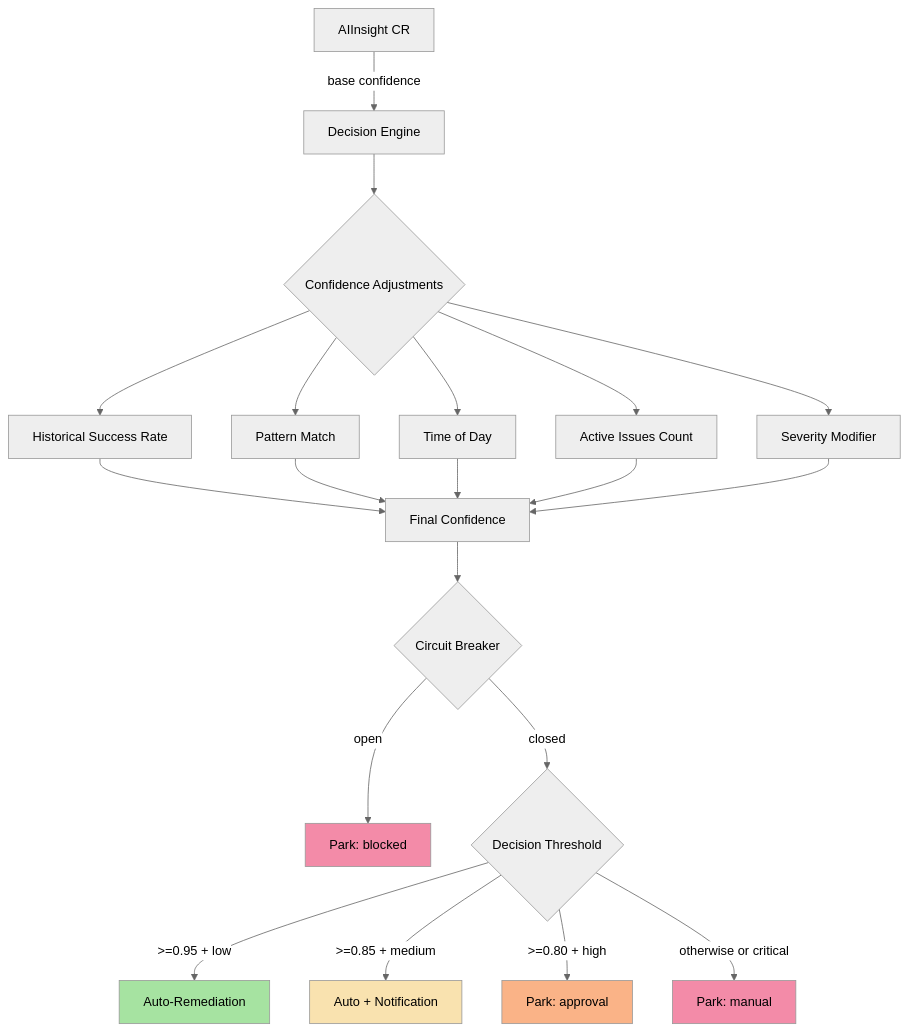
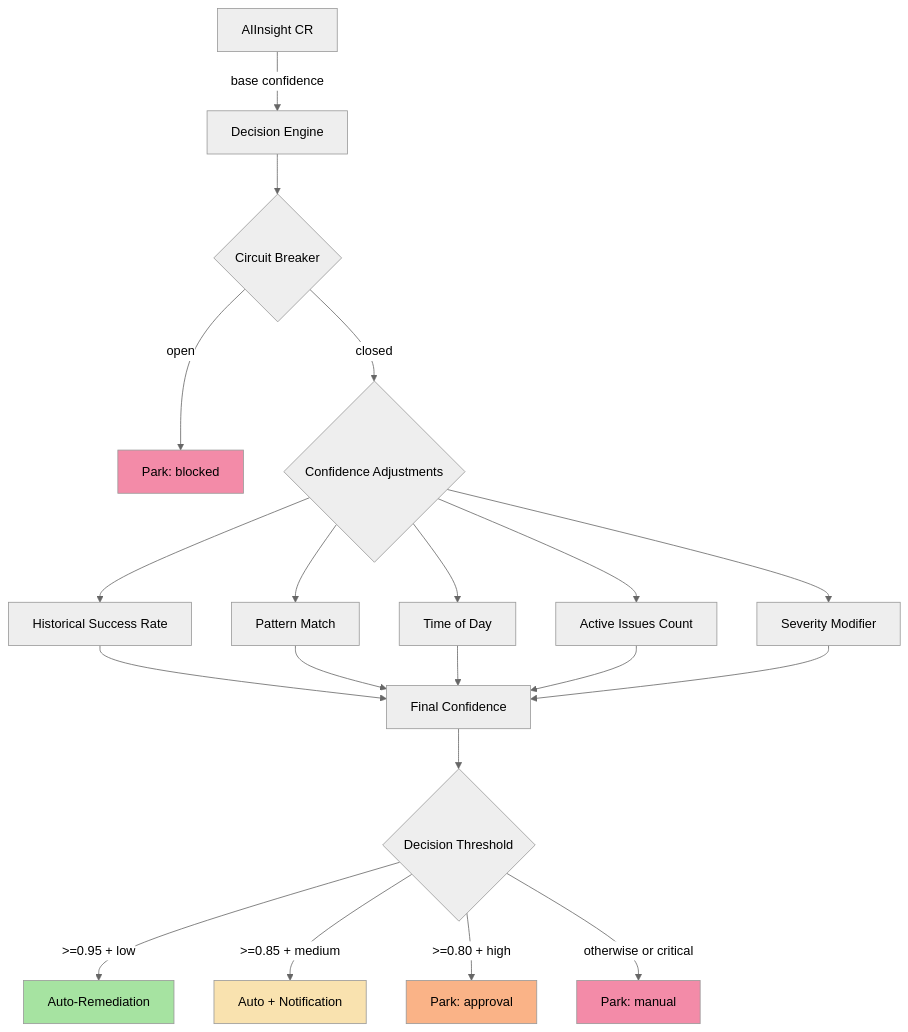
Before and after one commit to diillson/chatcli.ai: the first of 2 diagrams in features/aiops/decision-engine.mdx, drawn with Mermaid (neutral theme). The commit also changed other lines of this file and 126 other files, not shown here.

````diff
--- a/features/aiops/decision-engine.mdx
+++ b/features/aiops/decision-engine.mdx
@@ -20,23 +20,23 @@
 ```mermaid
 flowchart TD
     A[AIInsight CR] -->|base confidence| B[Decision Engine]
-    B --> C{Confidence Adjustments}
+    B --> J{Circuit Breaker}
+    J -->|open| K[Park: blocked]
+    J -->|closed| C{Confidence Adjustments}
     C --> D[Historical Success Rate]
     C --> E[Pattern Match]
     C --> F[Time of Day]
     C --> G[Active Issues Count]
     C --> H[Severity Modifier]
     D & E & F & G & H --> I[Final Confidence]
-    I --> J{Circuit Breaker}
-    J -->|open| K[Park: blocked]
-    J -->|closed| L{Decision Threshold}
+    I --> L{Decision Threshold}
     L -->|>=0.95 + low| M[Auto-Remediation]
     L -->|>=0.85 + medium| N[Auto + Notification]
     L -->|>=0.80 + high| O[Park: approval]
     L -->|otherwise or critical| P[Park: manual]
     style M fill:#a6e3a1,color:#000
     style N fill:#f9e2af,color:#000
     style O fill:#fab387,color:#000
     style P fill:#f38ba8,color:#000
     style K fill:#f38ba8,color:#000
 ```
````
